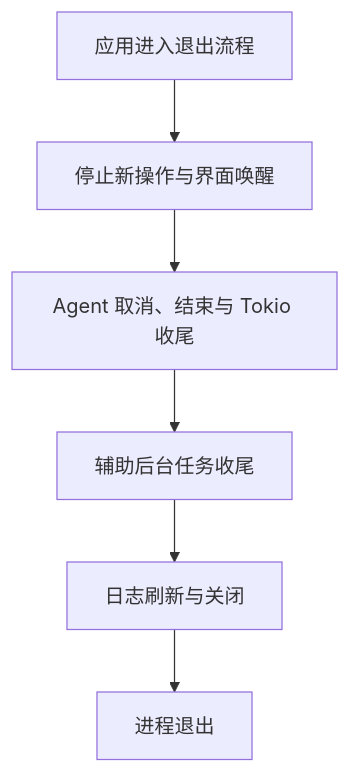
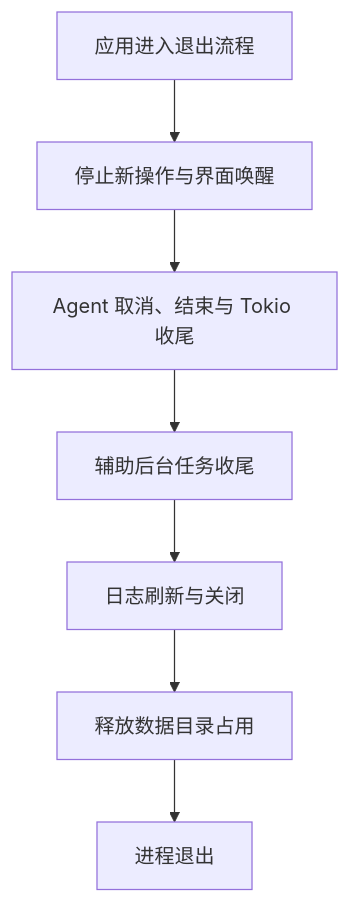
One commit to slc90/Agentelier changed the fourth of 4 diagrams in docs/design/architecture.md. Above: the diagram before and after it, drawn with Mermaid. The commit also changed other lines of this file and 22 other files, not shown here.

````diff
--- a/docs/design/architecture.md
+++ b/docs/design/architecture.md
@@ -143,8 +152,9 @@
 ```mermaid
 flowchart TD
     Exit["应用进入退出流程"] --> Stop["停止新操作与界面唤醒"]
     Stop --> AgentStop["Agent 取消、结束与 Tokio 收尾"]
     AgentStop --> JobStop["辅助后台任务收尾"]
     JobStop --> Logs["日志刷新与关闭"]
-    Logs --> Done["进程退出"]
+    Logs --> Data["释放数据目录占用"]
+    Data --> Done["进程退出"]
 ```
````
